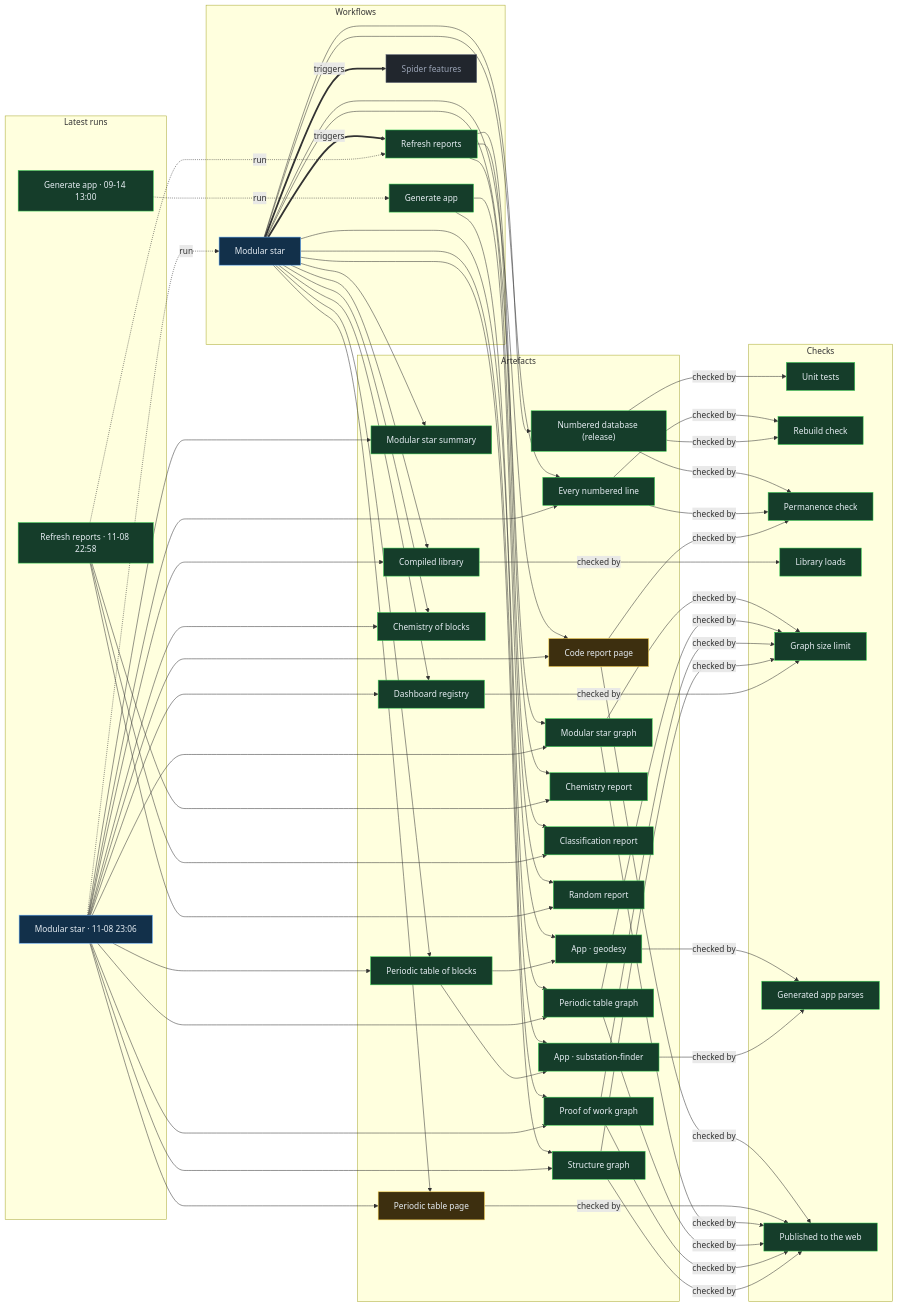
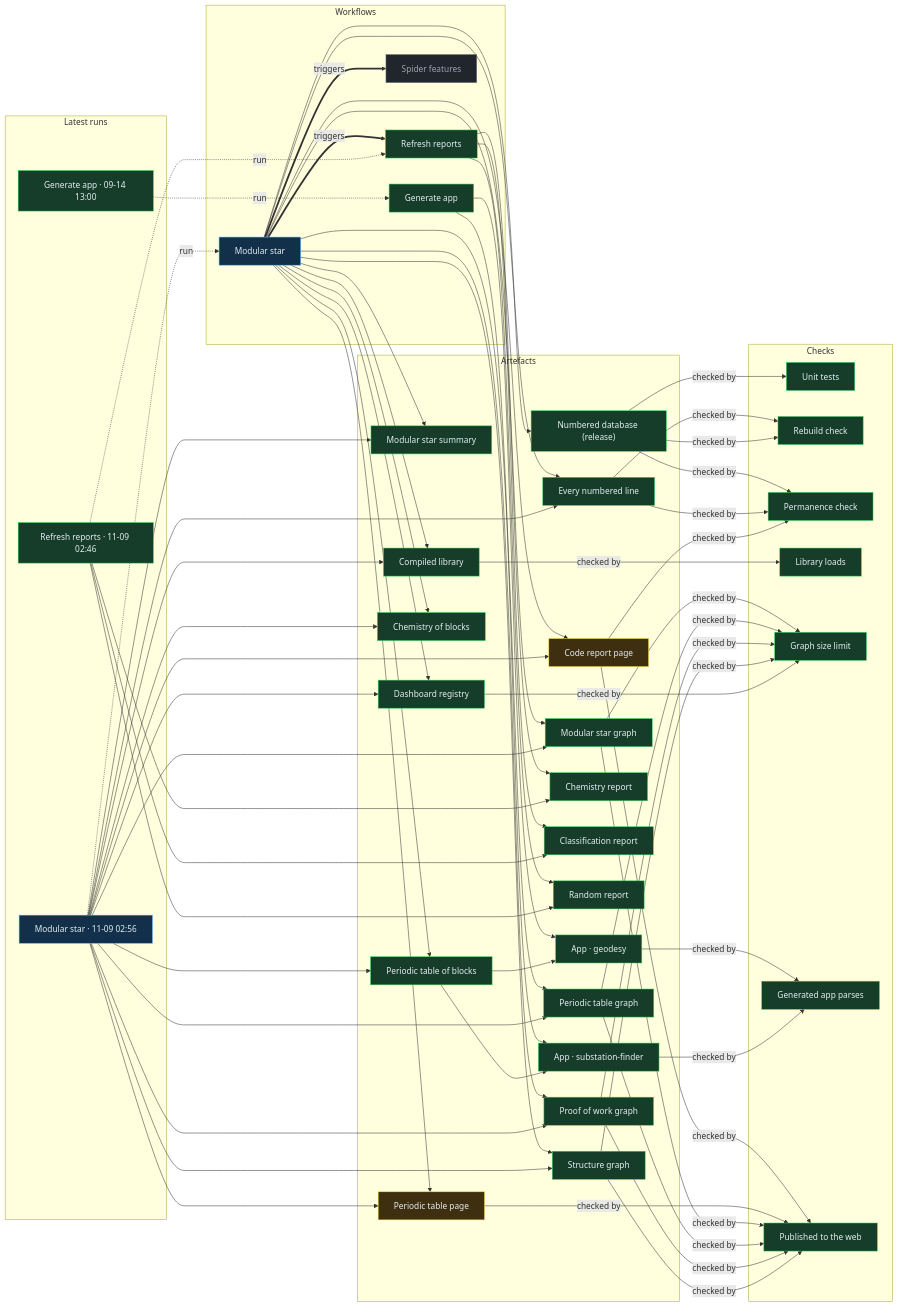
One commit to Ventusltd/stars changed the diagram in proof/PROOF.md. Above: the diagram before and after it, drawn with Mermaid. The commit also changed other lines of this file and 34 other files, not shown here.

Commit message:
Modular star 2026-11-09T02:58Z

```diff
--- a/proof/PROOF.md
+++ b/proof/PROOF.md
@@ -24,8 +24,8 @@
   n_wf_spider_features["Spider features"]:::off
   end
   subgraph g_runs["Latest runs"]
-  n_run_42533521369["Modular star · 11-08 23:06"]:::live
-  n_run_42532827220["Refresh reports · 11-08 22:58"]:::ok
+  n_run_42553640447["Modular star · 11-09 02:56"]:::live
+  n_run_42552804632["Refresh reports · 11-09 02:46"]:::ok
   n_run_34846587798["Generate app · 09-14 13:00"]:::ok
   end
   subgraph g_artefacts["Artefacts"]
@@ -59,39 +59,39 @@
   end
   n_wf_modular_star == triggers ==> n_wf_refresh
   n_wf_modular_star == triggers ==> n_wf_spider_features
-  n_run_42533521369 -. run .-> n_wf_modular_star
-  n_run_42532827220 -. run .-> n_wf_refresh
+  n_run_42553640447 -. run .-> n_wf_modular_star
+  n_run_42552804632 -. run .-> n_wf_refresh
   n_run_34846587798 -. run .-> n_wf_generate
   n_wf_modular_star --> n_art_summary
-  n_run_42533521369 --> n_art_summary
+  n_run_42553640447 --> n_art_summary
   n_wf_modular_star --> n_art_lines
-  n_run_42533521369 --> n_art_lines
+  n_run_42553640447 --> n_art_lines
   n_wf_modular_star --> n_art_code
-  n_run_42533521369 --> n_art_code
+  n_run_42553640447 --> n_art_code
   n_wf_modular_star --> n_art_modular_graph
-  n_run_42533521369 --> n_art_modular_graph
+  n_run_42553640447 --> n_art_modular_graph
   n_wf_modular_star --> n_art_blocks
-  n_run_42533521369 --> n_art_blocks
+  n_run_42553640447 --> n_art_blocks
   n_wf_modular_star --> n_art_table
-  n_run_42533521369 --> n_art_table
+  n_run_42553640447 --> n_art_table
   n_wf_modular_star --> n_art_blocks_graph
-  n_run_42533521369 --> n_art_blocks_graph
+  n_run_42553640447 --> n_art_blocks_graph
   n_wf_modular_star --> n_art_reactions
-  n_run_42533521369 --> n_art_reactions
+  n_run_42553640447 --> n_art_reactions
   n_wf_modular_star --> n_art_library
-  n_run_42533521369 --> n_art_library
+  n_run_42553640447 --> n_art_library
   n_wf_modular_star --> n_art_features
-  n_run_42533521369 --> n_art_features
+  n_run_42553640447 --> n_art_features
   n_wf_modular_star --> n_art_proof
-  n_run_42533521369 --> n_art_proof
+  n_run_42553640447 --> n_art_proof
   n_wf_modular_star --> n_art_structure
-  n_run_42533521369 --> n_art_structure
+  n_run_42553640447 --> n_art_structure
   n_wf_refresh --> n_art_chemistry
-  n_run_42532827220 --> n_art_chemistry
+  n_run_42552804632 --> n_art_chemistry
   n_wf_refresh --> n_art_vedic
-  n_run_42532827220 --> n_art_vedic
+  n_run_42552804632 --> n_art_vedic
   n_wf_refresh --> n_art_random
-  n_run_42532827220 --> n_art_random
+  n_run_42552804632 --> n_art_random
   n_wf_modular_star --> n_art_release
   n_wf_generate --> n_app_geodesy
   n_art_blocks --> n_app_geodesy
```
